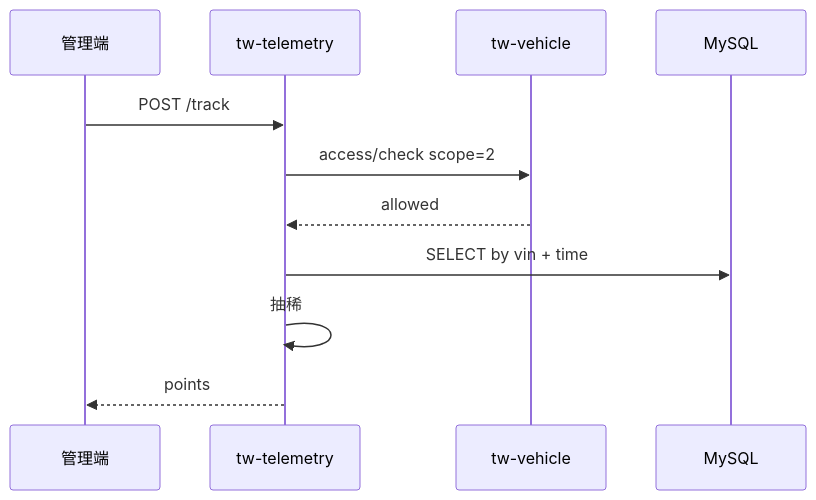
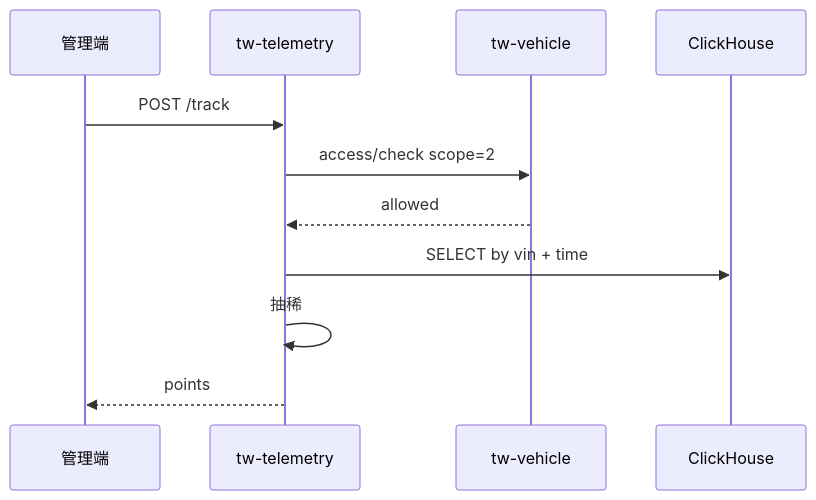
The third of 3 diagrams in docs/prepare/功能模块设计-遥测与轨迹.md (codeyunze/yz-mall), drawn with Mermaid before and after one commit. The commit also changed other lines of this file and 51 other files, not shown here.

````diff
--- a/docs/prepare/功能模块设计-遥测与轨迹.md
+++ b/docs/prepare/功能模块设计-遥测与轨迹.md
@@ -268,14 +306,14 @@
 ```mermaid
 sequenceDiagram
   participant PC as 管理端
   participant T as tw-telemetry
   participant V as tw-vehicle
-  participant DB as MySQL
+  participant CH as ClickHouse
 
   PC->>T: POST /track
   T->>V: access/check scope=2
   V-->>T: allowed
-  T->>DB: SELECT by vin + time
+  T->>CH: SELECT by vin + time
   T->>T: 抽稀
   T-->>PC: points
 ```
````
